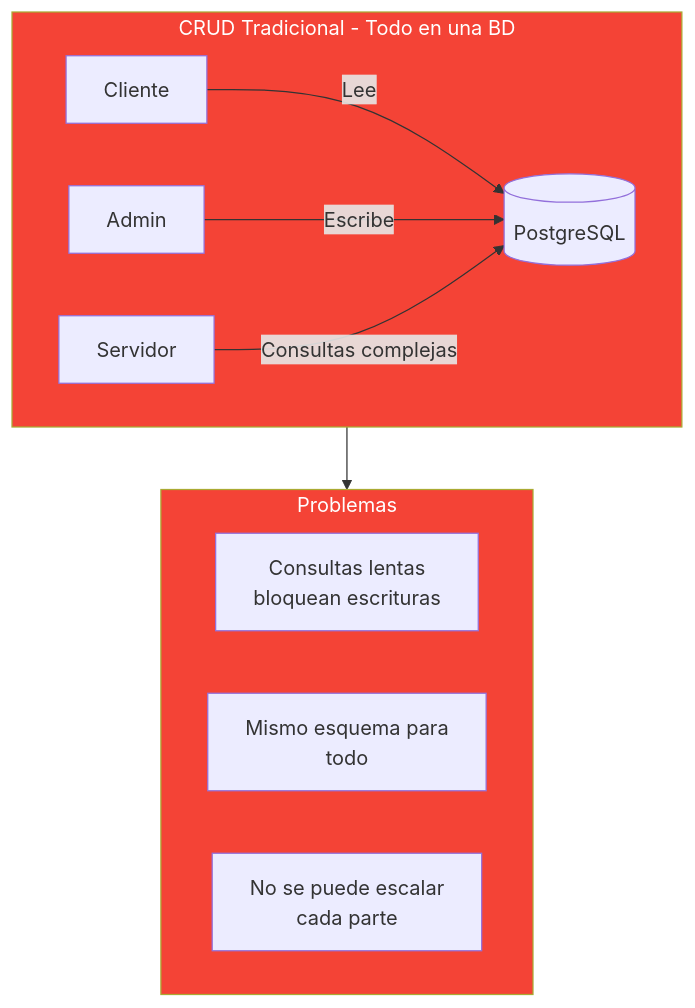
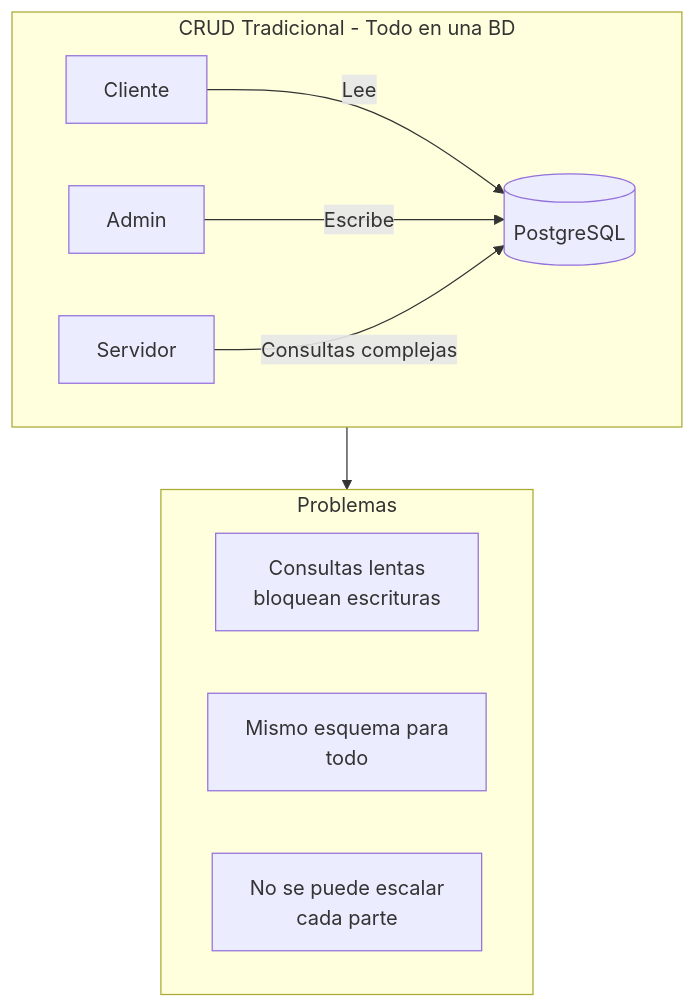
Before and after one commit to joseluisgs/DesarrolloWebEntornosServidor-02-2026-2027: the third of 24 diagrams in 30-cqrs-mediator.md, drawn with Mermaid. The commit also changed other lines of this file and 4 other files, not shown here.

Commit message:
docs: quitar el relleno a los subgraf de los diagramas de los temas 01, 10, 11, 19 y 30

````diff
--- a/30-cqrs-mediator.md
+++ b/30-cqrs-mediator.md
@@ -231,19 +231,17 @@
 ```mermaid
 flowchart TD
     subgraph TRADICIONAL["CRUD Tradicional - Todo en una BD"]
         A[Cliente] -->|Lee| B[(PostgreSQL)]
         C[Admin] -->|Escribe| B
         D[Servidor] -->|Consultas complejas| B
     end
 
     subgraph PROBLEMAS["Problemas"]
         P1["Consultas lentas\nbloquean escrituras"]
         P2["Mismo esquema para\ntodo"]
         P3["No se puede escalar\ncada parte"]
     end
 
     TRADICIONAL --> PROBLEMAS
 
-    style TRADICIONAL fill:#f44336,color:#fff
-    style PROBLEMAS fill:#f44336,color:#fff
 ```
````
